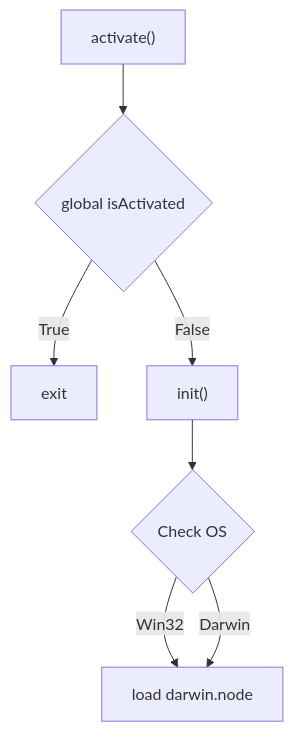
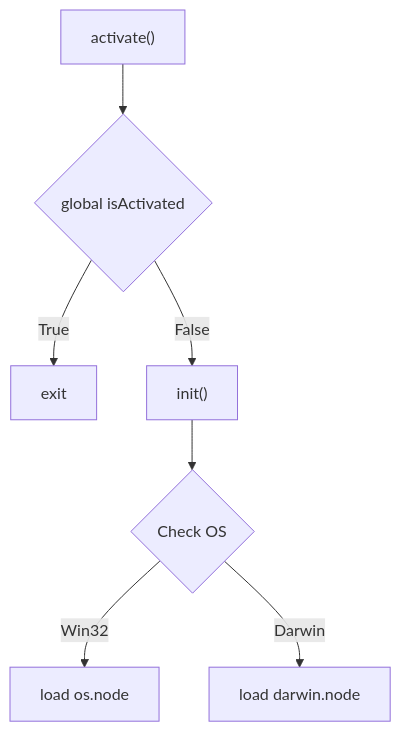
Before and after one commit to whokilleddb/SecurityFest26: the first of 5 diagrams in slides.md, drawn with Mermaid. The commit also changed other lines of this file, not shown here.

````diff
--- a/slides.md
+++ b/slides.md
@@ -844,10 +848,10 @@
 ```mermaid
 graph TD
 
  A["activate()"] --> B{"global isActivated"}
  B --> |True| C[exit]
  B --> |False| D["init()"]
  D --> E{"Check OS"}
  E --> |Win32| F["load os.node"]
- E --> |Darwin| F["load darwin.node"]
+ E --> |Darwin| G["load darwin.node"]
 ```
````
